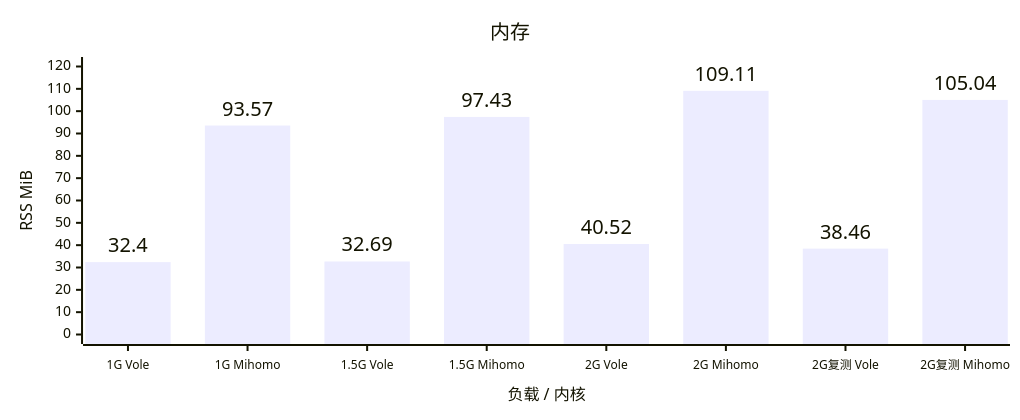
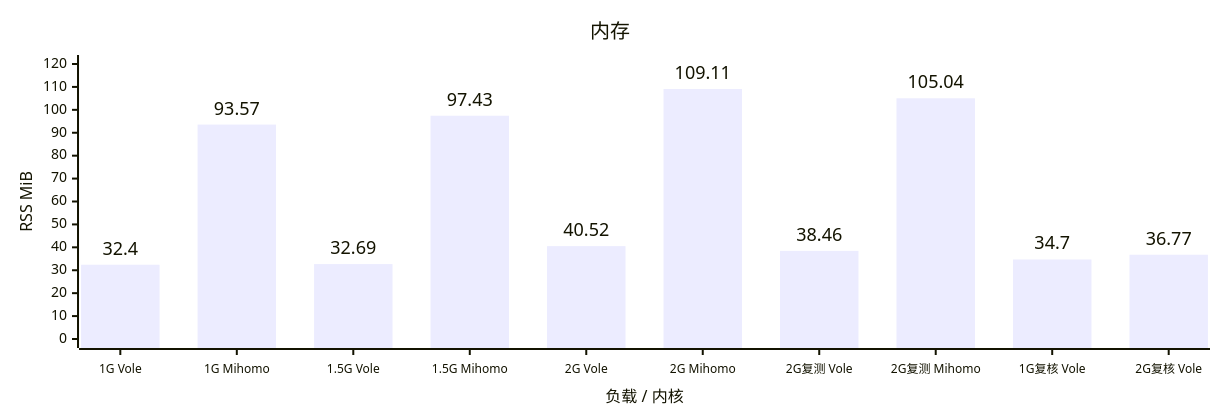
The third of 8 diagrams in docs/benchmark.md (YuanDevTeam/Vole), drawn with Mermaid before and after one commit. The commit also changed other lines of this file and 2 other files, not shown here.

````diff
--- a/docs/benchmark.md
+++ b/docs/benchmark.md
@@ -49,17 +55,17 @@
 ```mermaid
 ---
 config:
   xyChart:
-    width: 1000
+    width: 1200
     height: 400
     showDataLabel: true
     showDataLabelOutsideBar: true
     xAxis:
       labelFontSize: 12
 ---
 xychart
     title "内存"
-    x-axis "负载 / 内核" ["1G Vole", "1G Mihomo", "1.5G Vole", "1.5G Mihomo", "2G Vole", "2G Mihomo", "2G复测 Vole", "2G复测 Mihomo"]
+    x-axis "负载 / 内核" ["1G Vole", "1G Mihomo", "1.5G Vole", "1.5G Mihomo", "2G Vole", "2G Mihomo", "2G复测 Vole", "2G复测 Mihomo", "1G复核 Vole", "2G复核 Vole"]
     y-axis "RSS MiB" 0 --> 120
-    bar [32.40, 93.57, 32.69, 97.43, 40.52, 109.11, 38.46, 105.04]
+    bar [32.40, 93.57, 32.69, 97.43, 40.52, 109.11, 38.46, 105.04, 34.70, 36.77]
 ```
````
